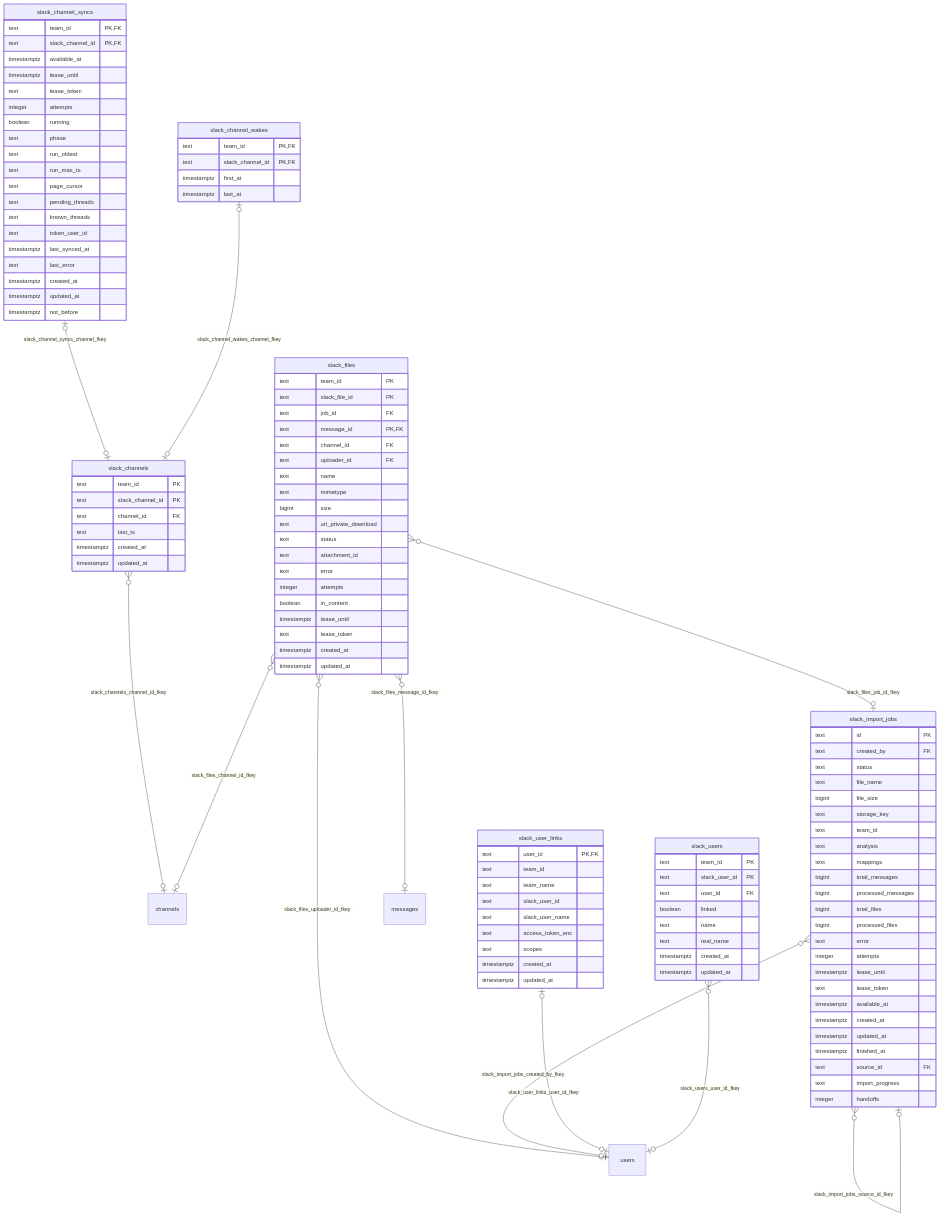
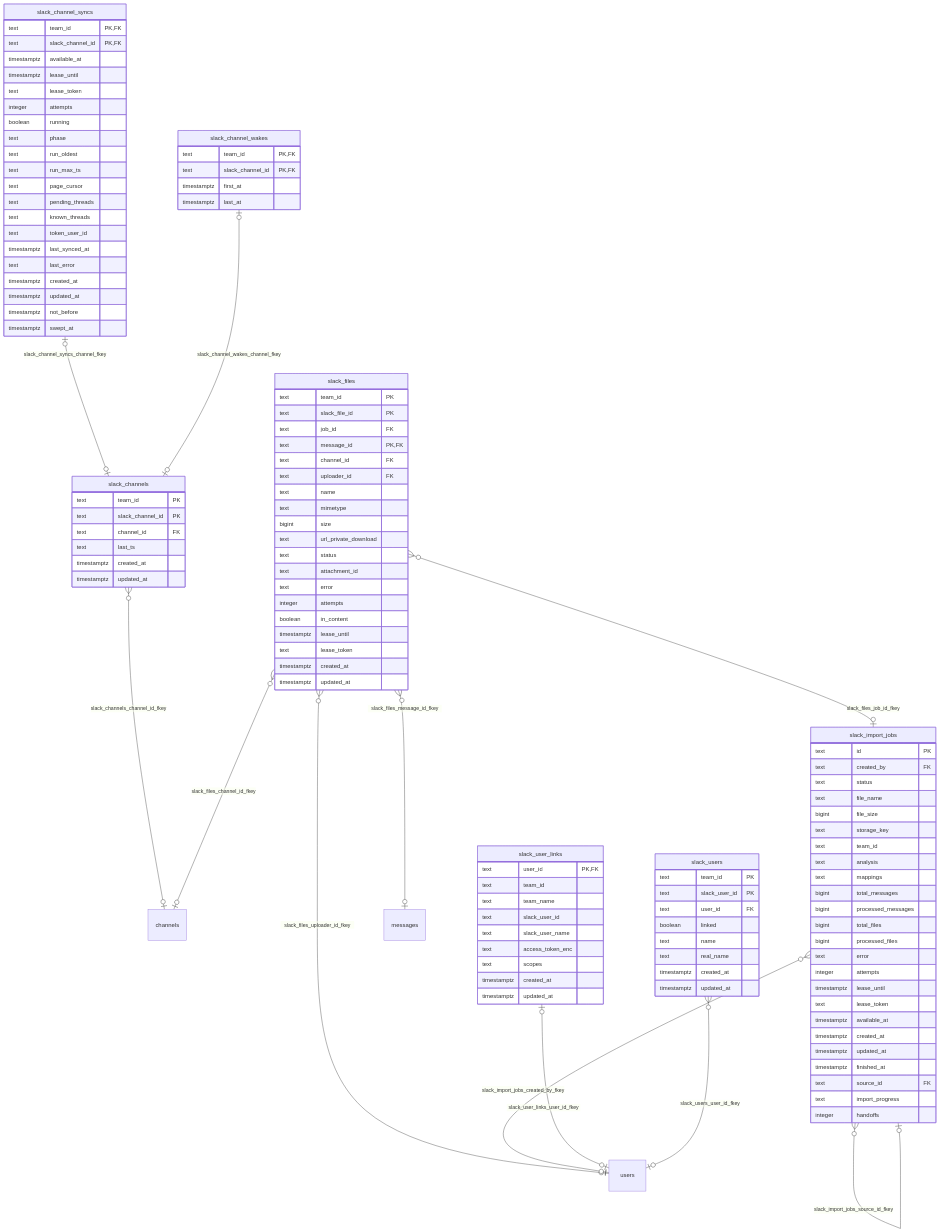
Before and after one commit to Zli-UoA/zoo2: the diagram in docs/db-erd/slack.md, drawn with Mermaid. The commit also changed 7 other files, not shown here.

First line of the commit message:
fix(slack): 合図の同期でスレッドの総なめを省き、時刻差の桁あふれと移行時の待ちを直す (#293)

```diff
--- a/docs/db-erd/slack.md
+++ b/docs/db-erd/slack.md
@@ -26,6 +26,7 @@
       timestamptz created_at
       timestamptz updated_at
       timestamptz not_before
+      timestamptz swept_at
     }
     slack_channel_syncs |o--o| slack_channels : slack_channel_syncs_channel_fkey
     slack_channel_wakes {
```
